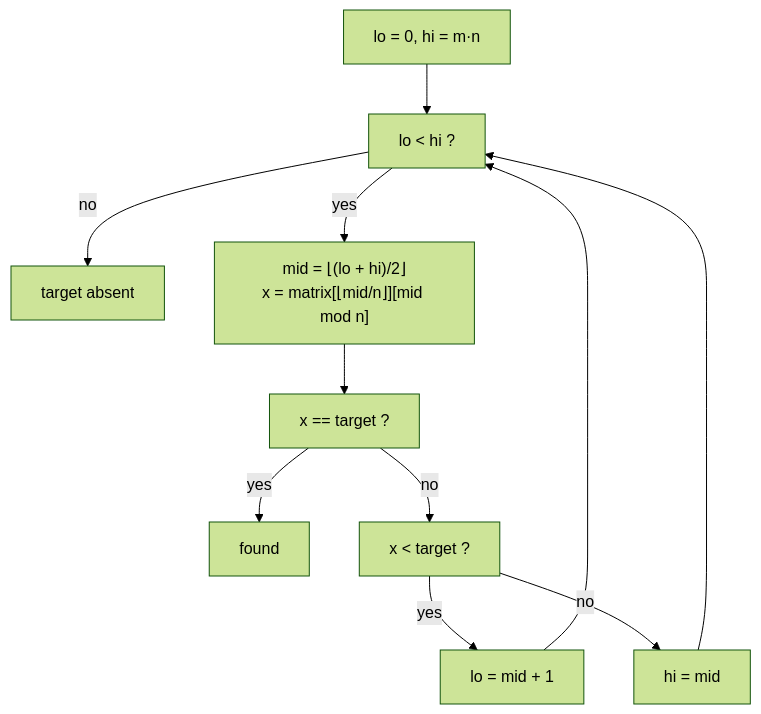
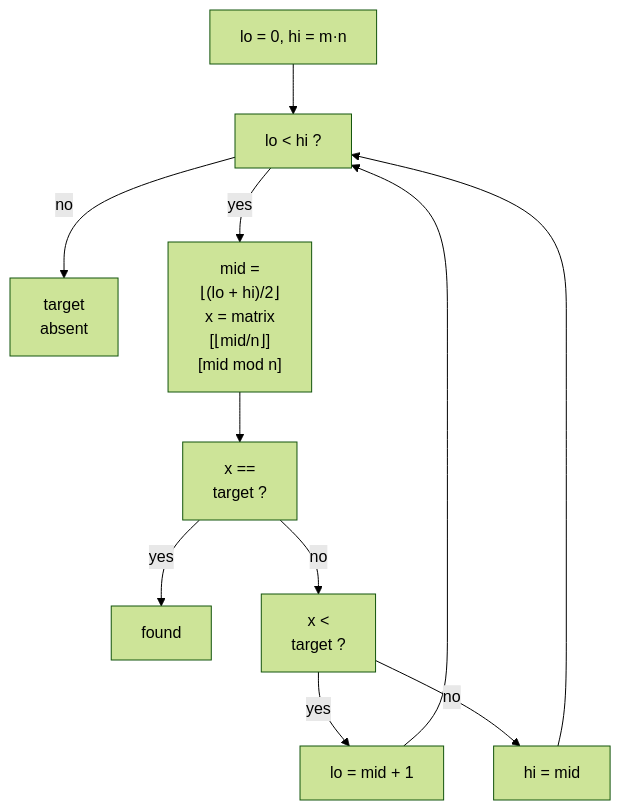
One commit to duongbui234/software-engineering-atlas changed the diagram in content/en/problems/search-a-2d-matrix.md. Above: the diagram before and after it, drawn with Mermaid (forest theme). The commit also changed 134 other files, not shown here.

First line of the commit message:
Fit every Mermaid diagram at 390px without sideways scroll (#56)

````diff
--- a/content/en/problems/search-a-2d-matrix.md
+++ b/content/en/problems/search-a-2d-matrix.md
@@ -48,13 +48,13 @@
 ```mermaid
 flowchart TB
   A["lo = 0, hi = m·n"] --> B["lo < hi ?"]
-  B -->|"no"| Z["target absent"]
-  B -->|"yes"| C["mid = ⌊(lo + hi)/2⌋<br/>x = matrix[⌊mid/n⌋][mid mod n]"]
-  C --> D["x == target ?"]
+  B -->|"no"| Z["target<br/>absent"]
+  B -->|"yes"| C["mid =<br/>⌊(lo + hi)/2⌋<br/>x = matrix<br/>[⌊mid/n⌋]<br/>[mid mod n]"]
+  C --> D["x ==<br/>target ?"]
   D -->|"yes"| Y["found"]
-  D -->|"no"| E["x < target ?"]
+  D -->|"no"| E["x <<br/>target ?"]
   E -->|"yes"| F["lo = mid + 1"]
   E -->|"no"| G["hi = mid"]
   F --> B
   G --> B
 ```
````
